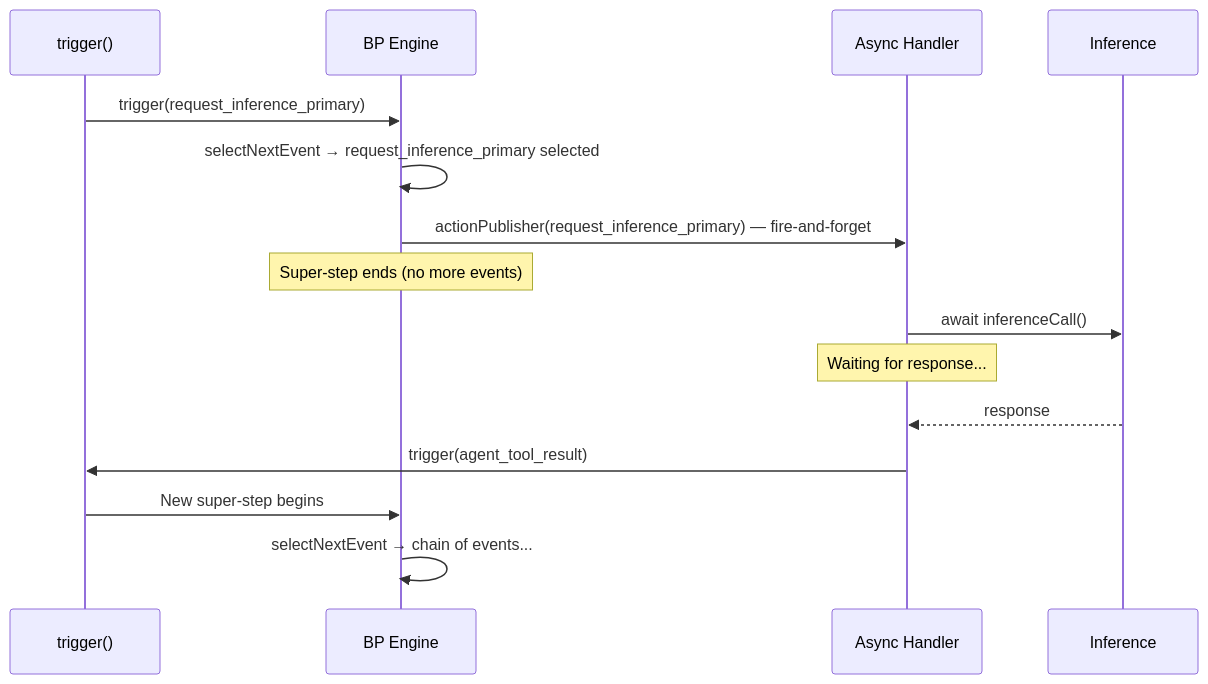
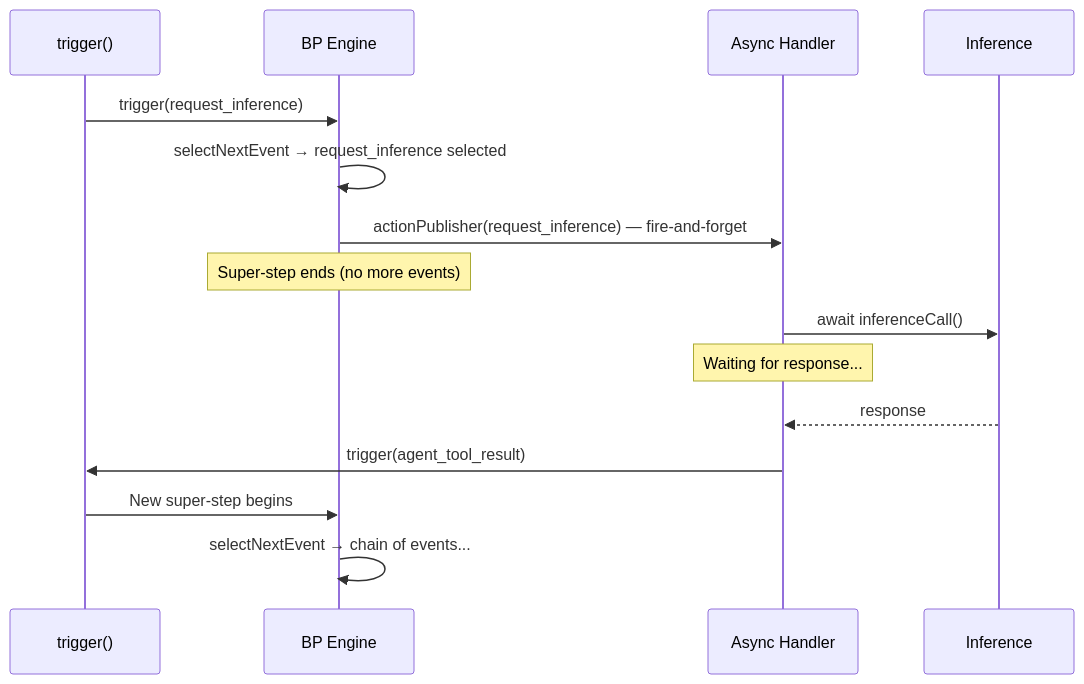
The third of 3 diagrams in skills/behavioral-core/references/algorithm-reference.md (plaited/plaited), drawn with Mermaid before and after one commit. The commit also changed other lines of this file and 92 other files, not shown here.

````diff
--- a/skills/behavioral-core/references/algorithm-reference.md
+++ b/skills/behavioral-core/references/algorithm-reference.md
@@ -332,18 +332,18 @@
 ```mermaid
 sequenceDiagram
     participant T as trigger()
     participant BP as BP Engine
     participant H as Async Handler
     participant INF as Inference
 
-    T->>BP: trigger(request_inference_primary)
-    BP->>BP: selectNextEvent → request_inference_primary selected
-    BP->>H: actionPublisher(request_inference_primary) — fire-and-forget
+    T->>BP: trigger(request_inference)
+    BP->>BP: selectNextEvent → request_inference selected
+    BP->>H: actionPublisher(request_inference) — fire-and-forget
     Note over BP: Super-step ends (no more events)
     H->>INF: await inferenceCall()
     Note over H: Waiting for response...
     INF-->>H: response
     H->>T: trigger(agent_tool_result)
     T->>BP: New super-step begins
     BP->>BP: selectNextEvent → chain of events...
 ```
````
